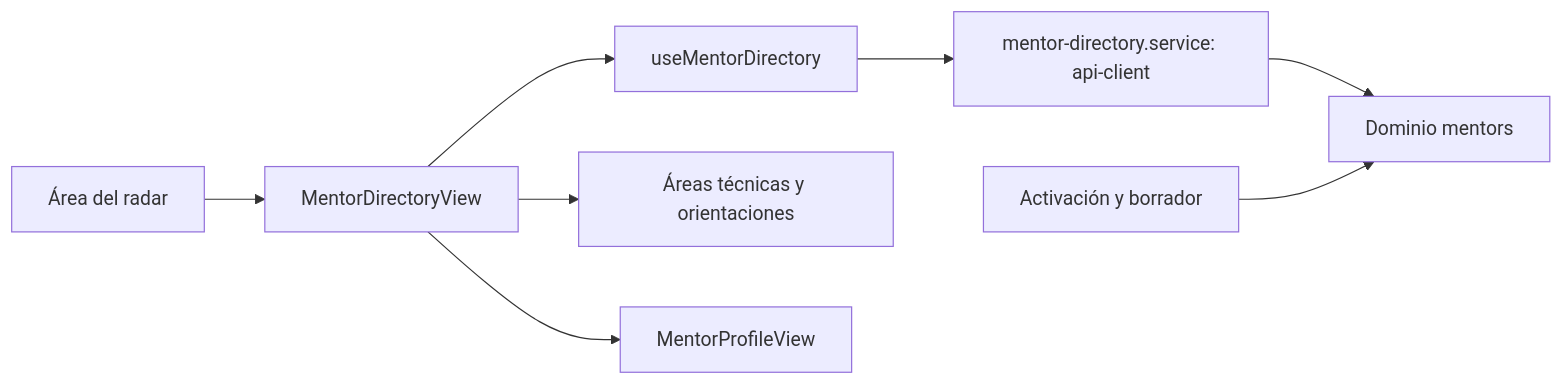
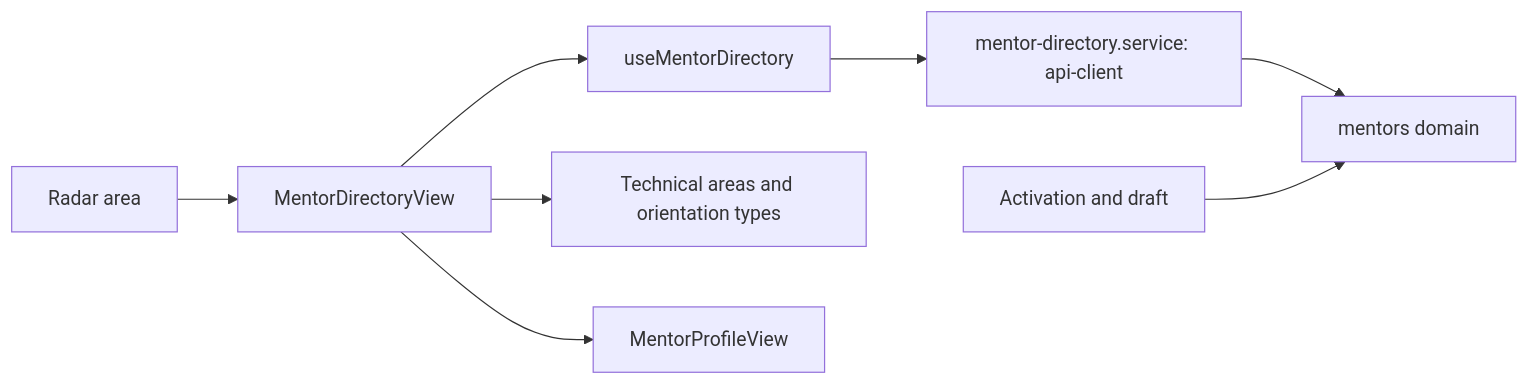
One commit to UMSSY/umssy-app changed the first of 2 diagrams in docs/mentorship/README.md. Above: the diagram before and after it, drawn with Mermaid. The commit also changed other lines of this file and 6 other files, not shown here.

````diff
--- a/docs/mentorship/README.md
+++ b/docs/mentorship/README.md
@@ -9,10 +9,10 @@
 ```mermaid
 flowchart LR
-  Radar[Área del radar] --> Directory[MentorDirectoryView]
+  Radar[Radar area] --> Directory[MentorDirectoryView]
   Directory --> Query[useMentorDirectory]
   Query --> API[mentor-directory.service: api-client]
-  API --> Mentors[Dominio mentors]
-  Directory --> Catalogs[Áreas técnicas y orientaciones]
+  API --> Mentors[mentors domain]
+  Directory --> Catalogs[Technical areas and orientation types]
   Directory --> Profile[MentorProfileView]
-  Wizard[Activación y borrador] --> Mentors
+  Wizard[Activation and draft] --> Mentors
 ```
````
